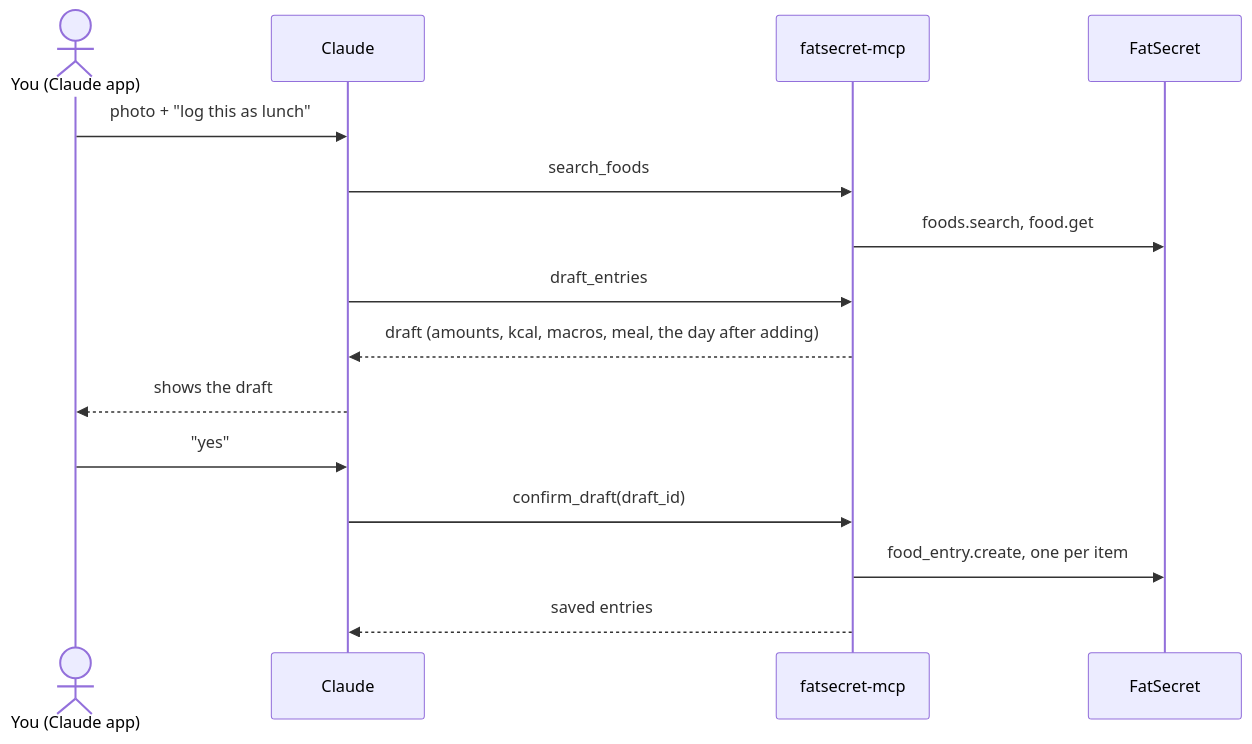
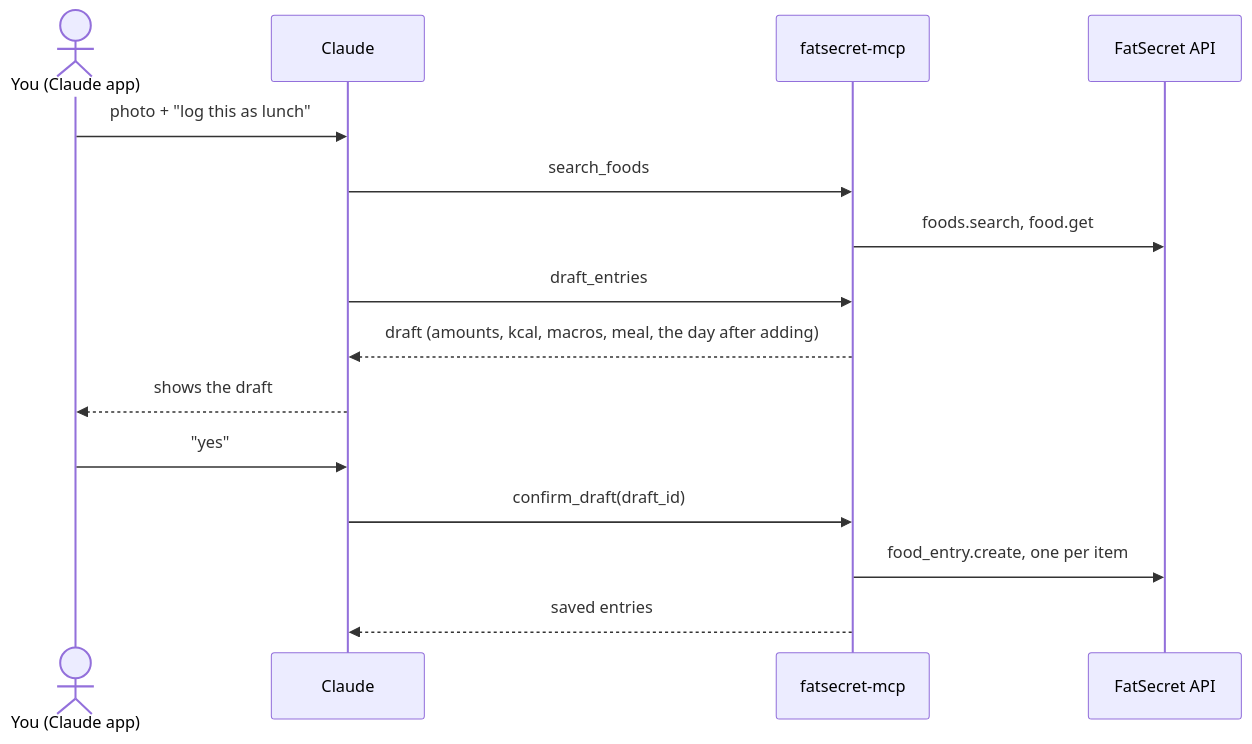
The first of 3 diagrams in README.md (Vlad40ka/fatsecret-mcp), drawn with Mermaid before and after one commit. The commit also changed other lines of this file, not shown here.

Commit message:
Clarify the stand-in diagram, add badges and a Documentation section to the README

````diff
--- a/README.md
+++ b/README.md
@@ -68,17 +72,17 @@
 ```mermaid
 sequenceDiagram
     actor U as You (Claude app)
     participant C as Claude
     participant S as fatsecret-mcp
-    participant F as FatSecret
+    participant F as FatSecret API
     U->>C: photo + "log this as lunch"
     C->>S: search_foods
     S->>F: foods.search, food.get
     C->>S: draft_entries
     S-->>C: draft (amounts, kcal, macros, meal, the day after adding)
     C-->>U: shows the draft
     U->>C: "yes"
     C->>S: confirm_draft(draft_id)
     S->>F: food_entry.create, one per item
     S-->>C: saved entries
 ```
````
